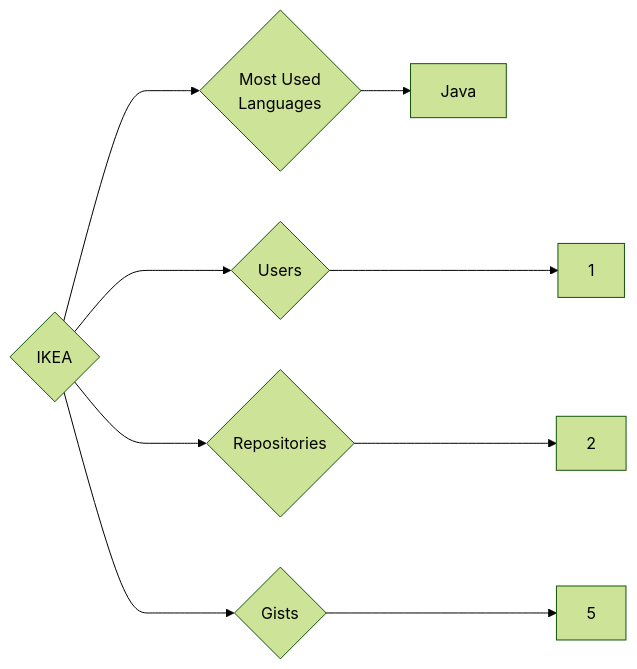
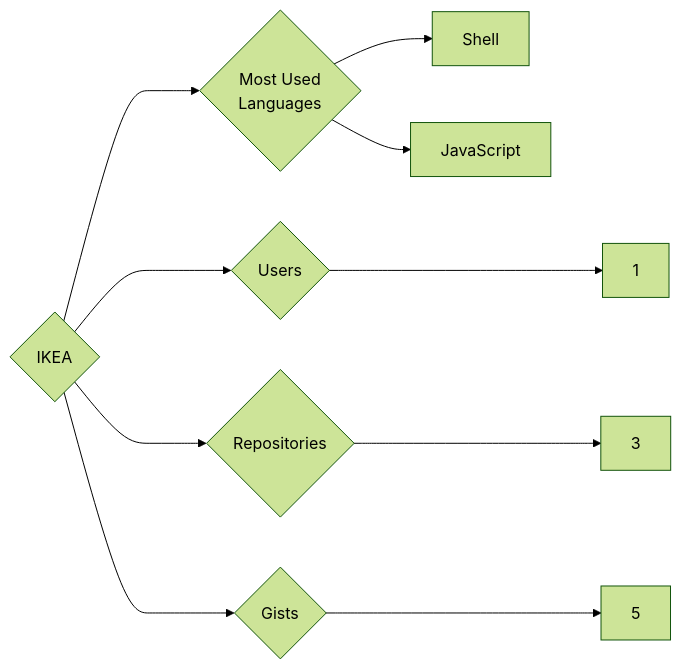
Before and after one commit to trickest/insiders: the diagram in targets/IKEA/README.md, drawn with Mermaid (forest theme). The commit also changed 942 other files, not shown here.

````diff
--- a/targets/IKEA/README.md
+++ b/targets/IKEA/README.md
@@ -3,9 +3,10 @@
 ```mermaid
 graph LR
 COMPANY_NAME{IKEA}
 COMPANY_NAME ---> U{Users} ---> UN[1]
-COMPANY_NAME ---> R{Repositories} ---> RN[2]
+COMPANY_NAME ---> R{Repositories} ---> RN[3]
 COMPANY_NAME ---> G{Gists} ---> GN[5]
 COMPANY_NAME ---> ML{Most Used<br>Languages}
-ML --> Java[Java]
+ML --> Shell[Shell]
+ML --> JavaScript[JavaScript]
 ```
````
